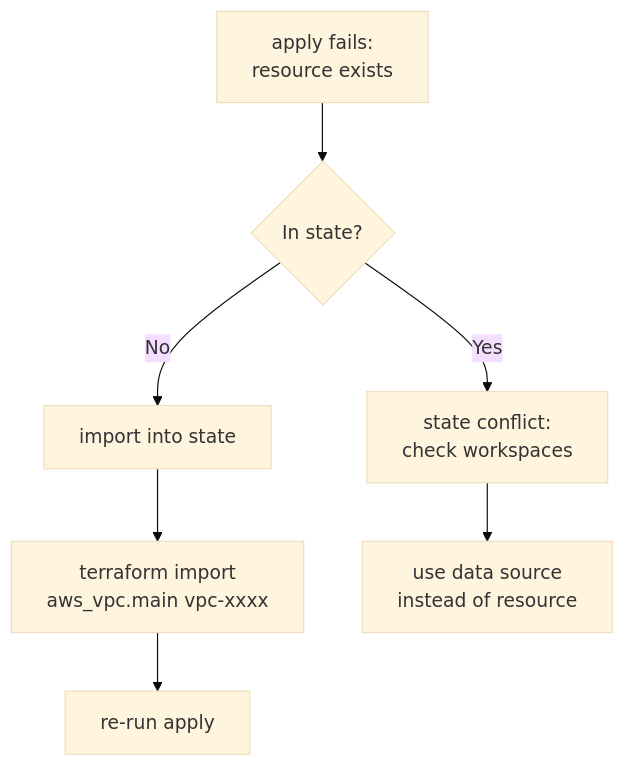
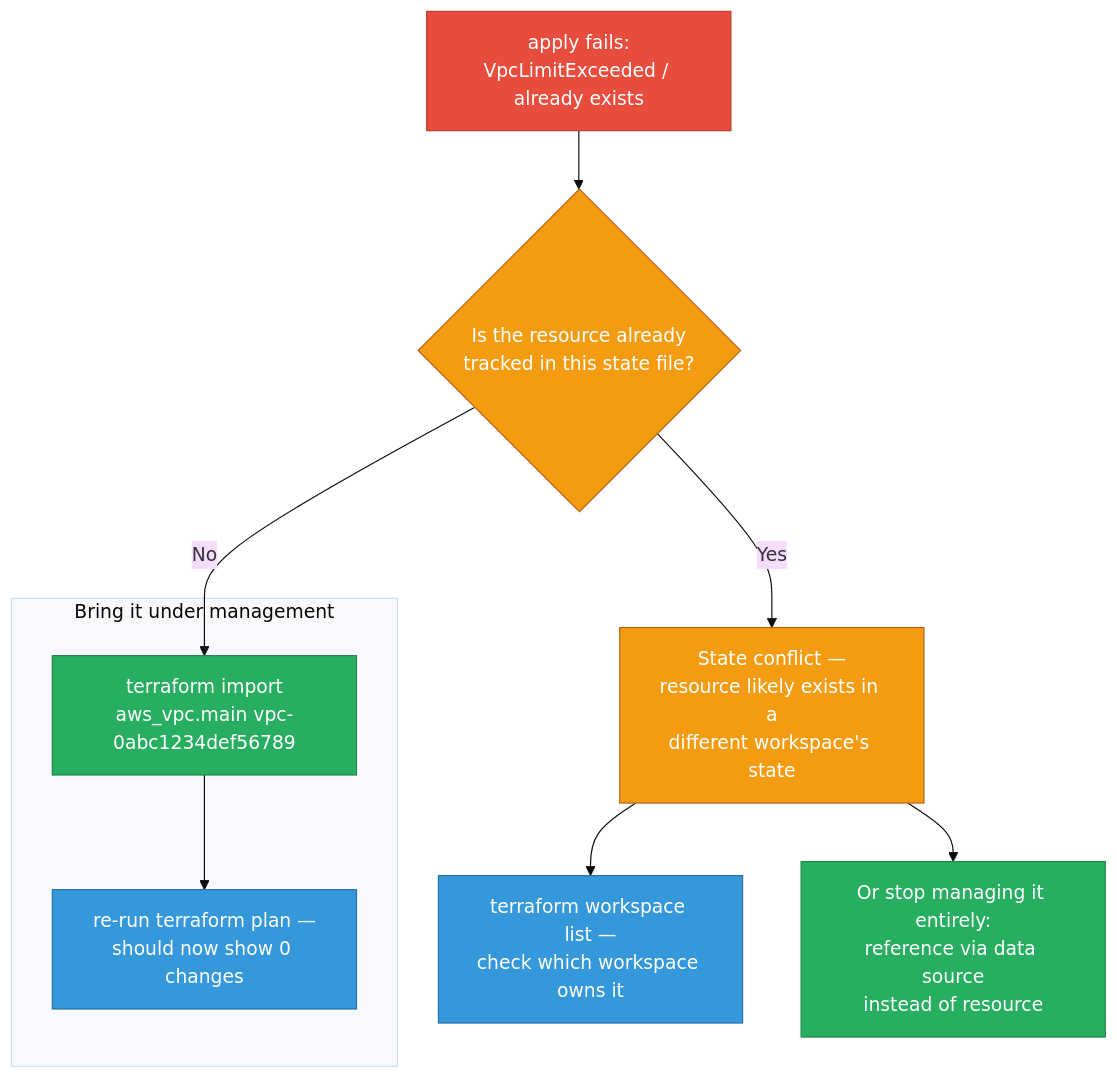
One commit to deepanshu-rawat6/DevOpsIndex changed the first of 8 diagrams in sre/iac-scenarios.md. Above: the diagram before and after it, drawn with Mermaid (base theme). The commit also changed other lines of this file and 10 other files, not shown here.

````diff
--- a/sre/iac-scenarios.md
+++ b/sre/iac-scenarios.md
@@ -11,9 +16,18 @@
 ```mermaid
 flowchart TD
-    A[apply fails:<br/>resource exists] --> B{In state?}
-    B -- No --> C[import into state]
-    B -- Yes --> D[state conflict:<br/>check workspaces]
-    C --> E[terraform import<br/>aws_vpc.main vpc-xxxx]
-    E --> F[re-run apply]
-    D --> G[use data source<br/>instead of resource]
+    classDef err fill:#e74c3c,stroke:#c0392b,color:#fff
+    classDef decision fill:#f39c12,stroke:#ba6018,color:#fff
+    classDef fix fill:#27ae60,stroke:#1e8449,color:#fff
+    classDef verify fill:#3498db,stroke:#2471a3,color:#fff
+
+    ERR["apply fails:<br/>VpcLimitExceeded / already exists"]:::err --> INSTATE
+    INSTATE{"Is the resource already<br/>tracked in this state file?"}:::decision -->|No| IMPORT
+
+    subgraph IMPORTPATH["Bring it under management"]
+        IMPORT["terraform import<br/>aws_vpc.main vpc-0abc1234def56789"]:::fix --> REAPPLY["re-run terraform plan —<br/>should now show 0 changes"]:::verify
+    end
+
+    INSTATE -->|Yes| CONFLICT["State conflict —<br/>resource likely exists in a<br/>different workspace's state"]:::decision
+    CONFLICT --> WORKSPACES["terraform workspace list —<br/>check which workspace owns it"]:::verify
+    CONFLICT --> DATASRC["Or stop managing it entirely:<br/>reference via data source<br/>instead of resource"]:::fix
 ```
````
